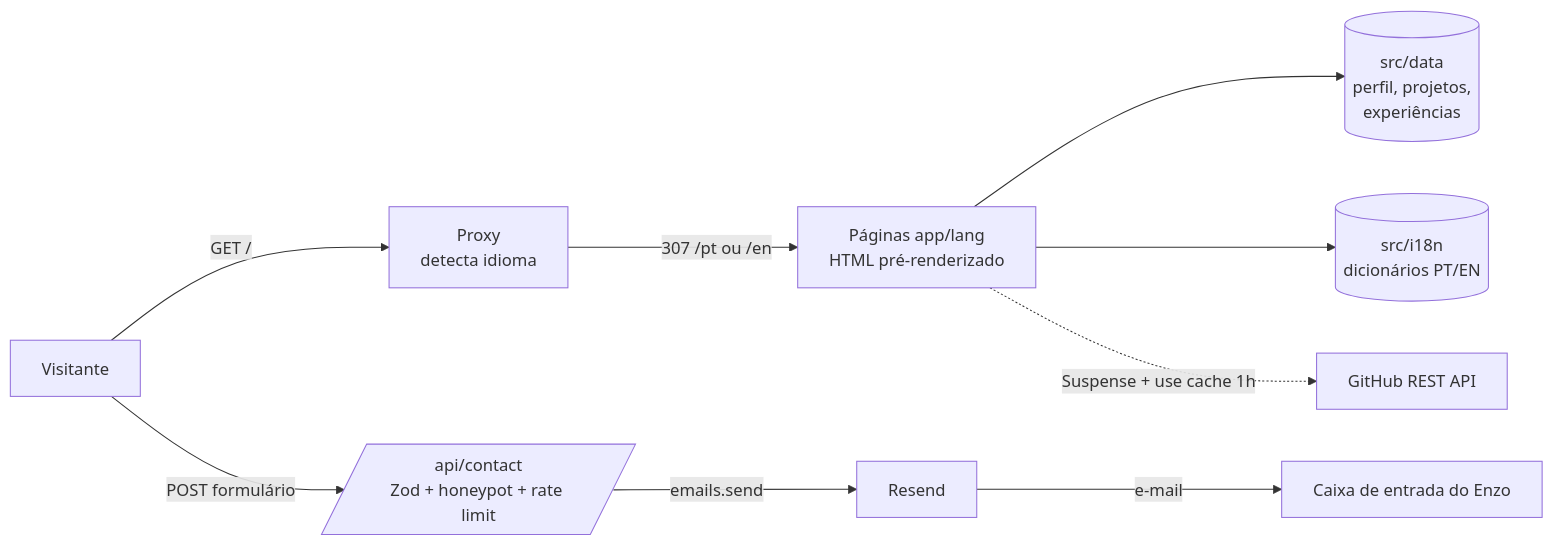
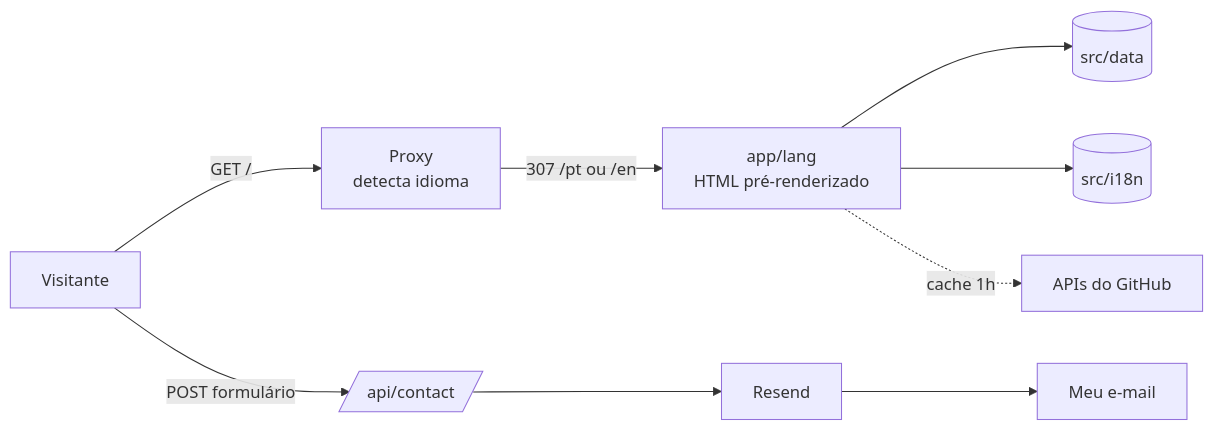
The diagram in README.md (Ennzzo/portfolio), drawn with Mermaid before and after one commit. The commit also changed other lines of this file, not shown here.

````diff
--- a/README.md
+++ b/README.md
@@ -171,11 +151,11 @@
 ```mermaid
 flowchart LR
     V[Visitante] -->|GET /| P[Proxy<br/>detecta idioma]
-    P -->|307 /pt ou /en| R[Páginas app/lang<br/>HTML pré-renderizado]
-    R --> D[(src/data<br/>perfil, projetos,<br/>experiências)]
-    R --> I[(src/i18n<br/>dicionários PT/EN)]
-    R -.->|Suspense + use cache 1h| GH[GitHub REST API]
-    V -->|POST formulário| A[/api/contact<br/>Zod + honeypot + rate limit/]
-    A -->|emails.send| RS[Resend]
-    RS -->|e-mail| E[Caixa de entrada do Enzo]
+    P -->|307 /pt ou /en| R[app/lang<br/>HTML pré-renderizado]
+    R --> D[(src/data)]
+    R --> I[(src/i18n)]
+    R -.->|cache 1h| GH[APIs do GitHub]
+    V -->|POST formulário| A[/api/contact/]
+    A --> RS[Resend]
+    RS --> E[Meu e-mail]
 ```
````
